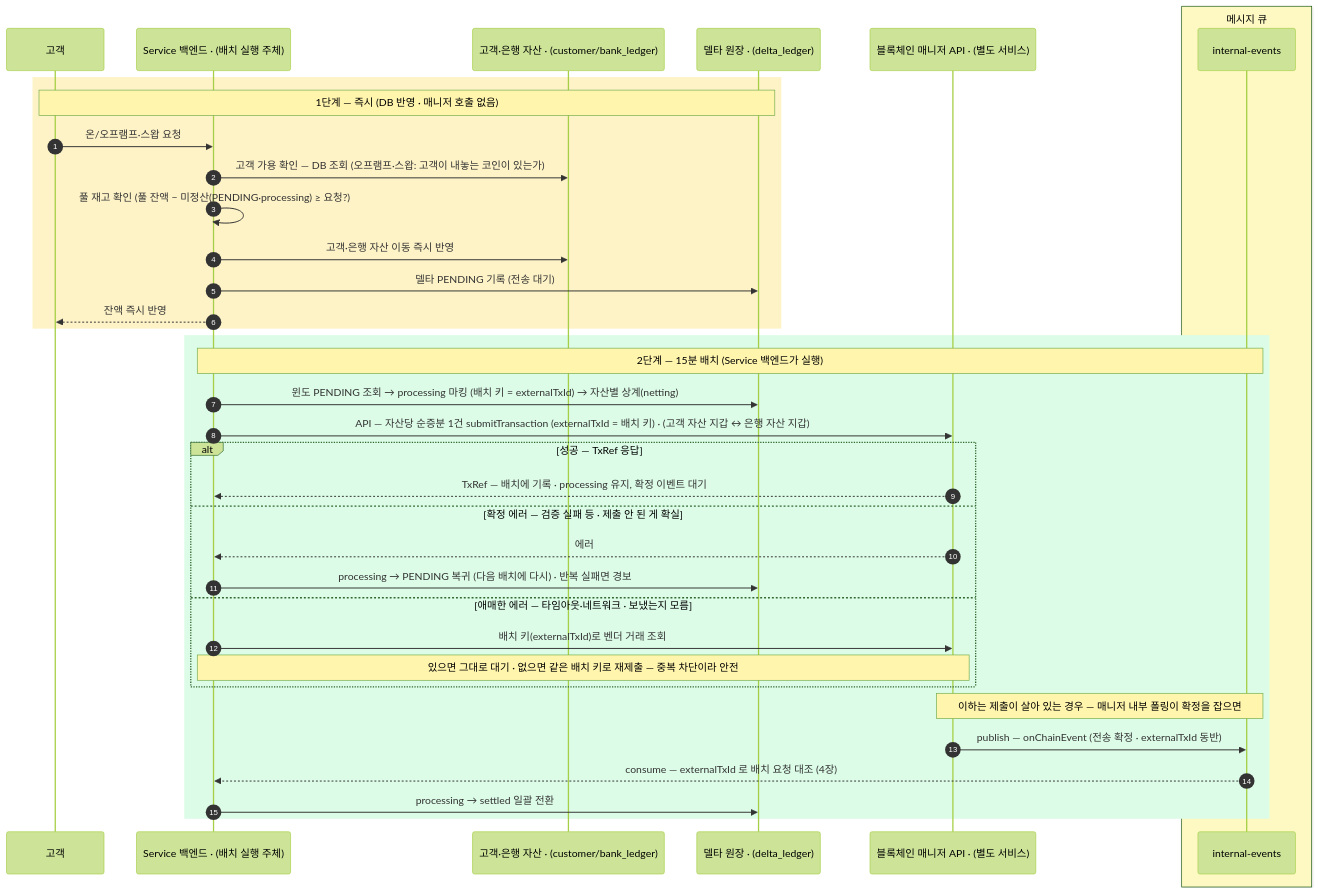
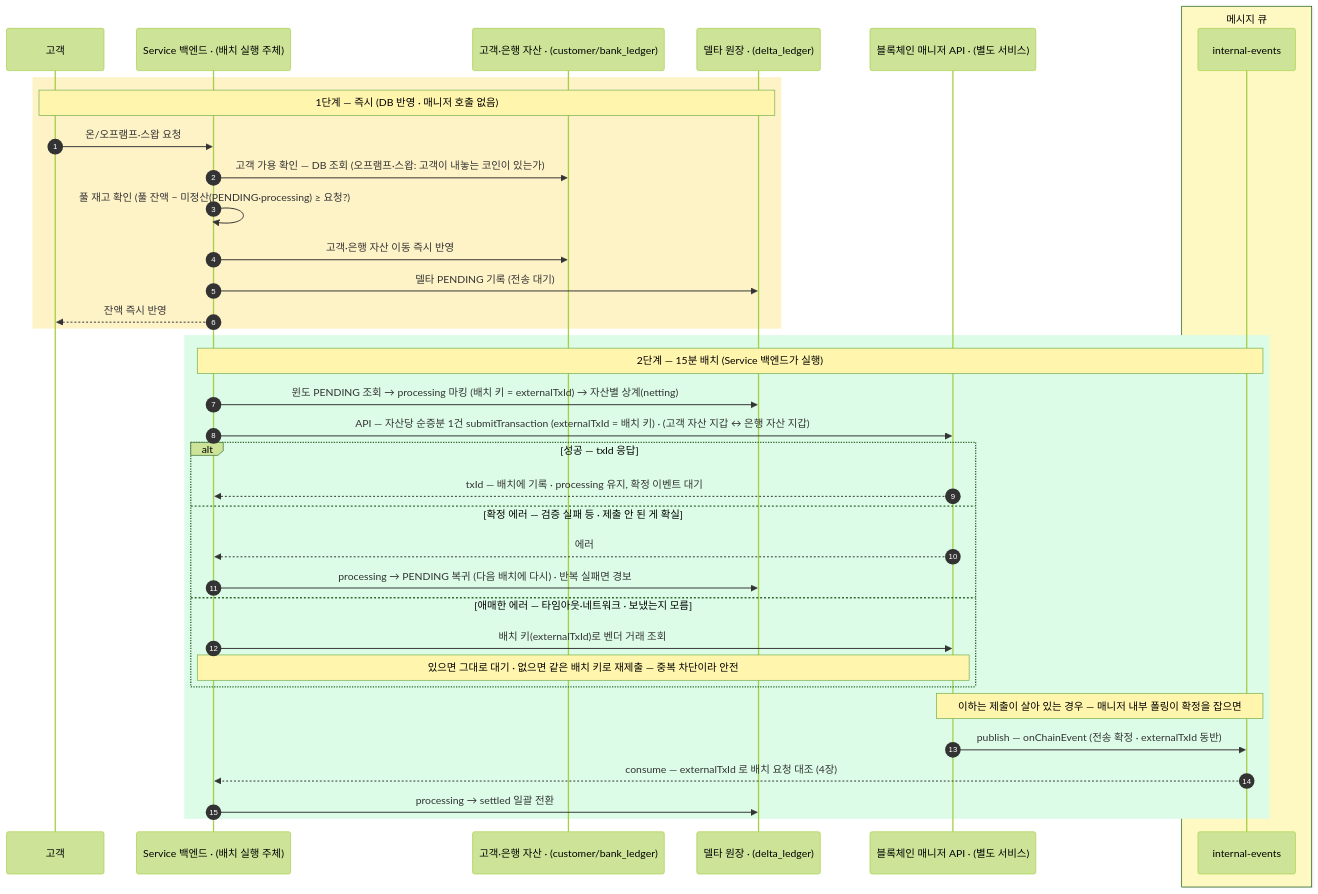
One commit to eunsujeo/eunpus changed the first of 2 diagrams in blockchain-manager/docs/블록체인매니저/설계/10-ramp-swap.md. Above: the diagram before and after it, drawn with Mermaid (forest theme). The commit also changed other lines of this file and 8 other files, not shown here.

````diff
--- a/blockchain-manager/docs/블록체인매니저/설계/10-ramp-swap.md
+++ b/blockchain-manager/docs/블록체인매니저/설계/10-ramp-swap.md
@@ -25,41 +25,41 @@
 ```mermaid
 sequenceDiagram
     autonumber
     participant Cust as 고객
     participant App as Service 백엔드 · (배치 실행 주체)
     participant DB as 고객·은행 자산 · (customer/bank_ledger)
     participant DL as 델타 원장 · (delta_ledger)
     participant BM as 블록체인 매니저 API · (별도 서비스)
     box rgb(254,249,195) 메시지 큐
     participant MQ as internal-events
     end
 
     rect rgb(254,243,199)
     Note over Cust,DL: 1단계 — 즉시 (DB 반영 · 매니저 호출 없음)
     Cust->>App: 온/오프램프·스왑 요청
     App->>DB: 고객 가용 확인 — DB 조회 (오프램프·스왑: 고객이 내놓는 코인이 있는가)
     App->>App: 풀 재고 확인 (풀 잔액 − 미정산(PENDING·processing) ≥ 요청?)
     App->>DB: 고객·은행 자산 이동 즉시 반영
     App->>DL: 델타 PENDING 기록 (전송 대기)
     App-->>Cust: 잔액 즉시 반영
     end
 
     rect rgb(220,252,231)
     Note over App,MQ: 2단계 — 15분 배치 (Service 백엔드가 실행)
     App->>DL: 윈도 PENDING 조회 → processing 마킹 (배치 키 = externalTxId) → 자산별 상계(netting)
     App->>BM: API — 자산당 순증분 1건 submitTransaction (externalTxId = 배치 키) · (고객 자산 지갑 ↔ 은행 자산 지갑)
-    alt 성공 — TxRef 응답
-        BM-->>App: TxRef — 배치에 기록 · processing 유지, 확정 이벤트 대기
+    alt 성공 — txId 응답
+        BM-->>App: txId — 배치에 기록 · processing 유지, 확정 이벤트 대기
     else 확정 에러 — 검증 실패 등 · 제출 안 된 게 확실
         BM-->>App: 에러
         App->>DL: processing → PENDING 복귀 (다음 배치에 다시) · 반복 실패면 경보
     else 애매한 에러 — 타임아웃·네트워크 · 보냈는지 모름
         App->>BM: 배치 키(externalTxId)로 벤더 거래 조회
         Note over App,BM: 있으면 그대로 대기 · 없으면 같은 배치 키로 재제출 — 중복 차단이라 안전
     end
     Note over BM,MQ: 이하는 제출이 살아 있는 경우 — 매니저 내부 폴링이 확정을 잡으면
     BM->>MQ: publish — onChainEvent (전송 확정 · externalTxId 동반)
     MQ-->>App: consume — externalTxId 로 배치 요청 대조 (4장)
     App->>DL: processing → settled 일괄 전환
     end
 ```
````
